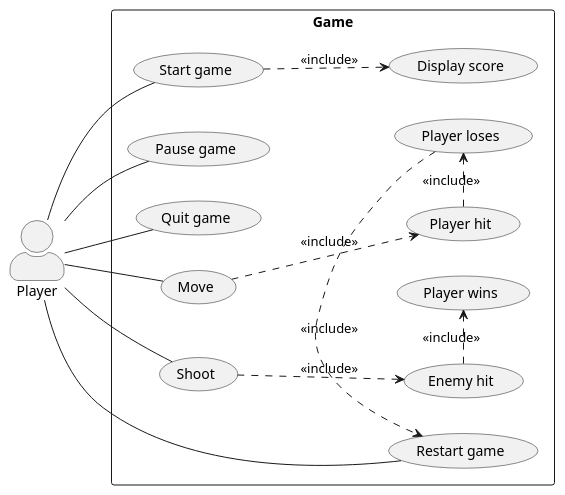
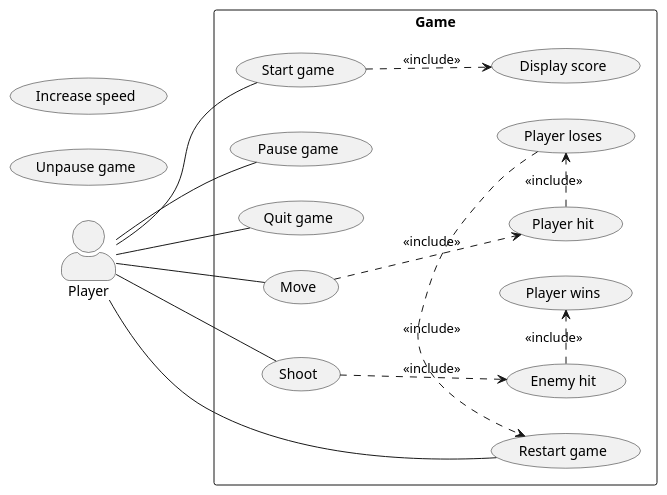
The diagram in docs/use_case_diagram.plantuml (ErFer7/Stellar-Warfare), drawn with PlantUML before and after one commit. The commit also changed 1 other file, not shown here.

Commit message:
sequence diagram

```diff
--- a/docs/use_case_diagram.plantuml
+++ b/docs/use_case_diagram.plantuml
@@ -1,20 +1,22 @@
 @startuml
 left to right direction
 skinparam packageStyle rect
 skinparam actorStyle awesome
 actor Player
 rectangle Game {
     Player -- (Start game)
     Player -- (Pause game)
     Player -- (Quit game)
     Player -- (Move)
     (Move) .down.> (Player hit) : <<include>>
     (Player hit) .right.> (Player loses) : <<include>>
     Player -- (Shoot)
     (Shoot) .down.> (Enemy hit) : <<include>>
     (Enemy hit) .right.> (Player wins) : <<include>>
     (Start game) .down.> (Display score) : <<include>>
     Player -- (Restart game)
     (Player loses) .right.> (Restart game) : <<include>>
 }
+(Unpause game)
+(Increase speed)
 @enduml
```
